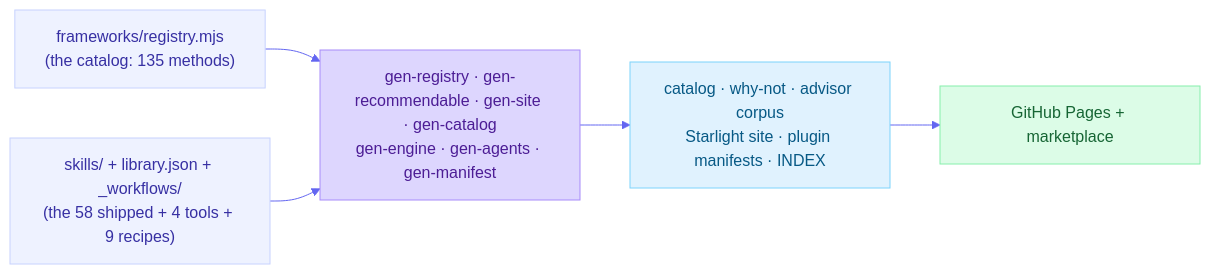
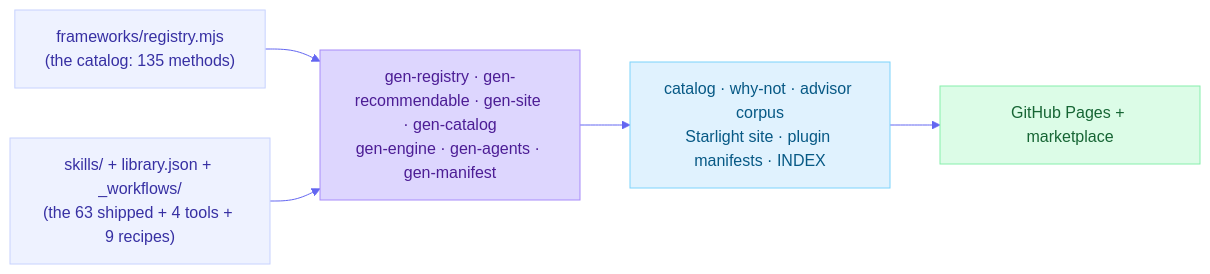
Before and after one commit to product-on-purpose/thinking-framework-skills: the diagram in docs/architecture.md, drawn with Mermaid. The commit also changed other lines of this file and 72 other files, not shown here.

````diff
--- a/docs/architecture.md
+++ b/docs/architecture.md
@@ -50,16 +50,16 @@
 ```mermaid
 %%{init: {'theme':'base','themeVariables':{'primaryColor':'#eef2ff','primaryBorderColor':'#c7d2fe','lineColor':'#6366f1'}}}%%
 graph LR
   reg["frameworks/registry.mjs<br/>(the catalog: 135 methods)"]:::source
-  skl["skills/ + library.json + _workflows/<br/>(the 58 shipped + 4 tools + 9 recipes)"]:::source
+  skl["skills/ + library.json + _workflows/<br/>(the 63 shipped + 4 tools + 9 recipes)"]:::source
   gen["gen-registry · gen-recommendable · gen-site · gen-catalog<br/>gen-engine · gen-agents · gen-manifest"]:::build
   views["catalog · why-not · advisor corpus<br/>Starlight site · plugin manifests · INDEX"]:::site
   pages["GitHub Pages + marketplace"]:::deploy
   reg --> gen
   skl --> gen
   gen --> views --> pages
   classDef source fill:#eef2ff,stroke:#c7d2fe,color:#3730a3;
   classDef build fill:#ddd6fe,stroke:#a78bfa,color:#4c1d95;
   classDef site fill:#e0f2fe,stroke:#7dd3fc,color:#075985;
   classDef deploy fill:#dcfce7,stroke:#86efac,color:#166534;
 ```
````
